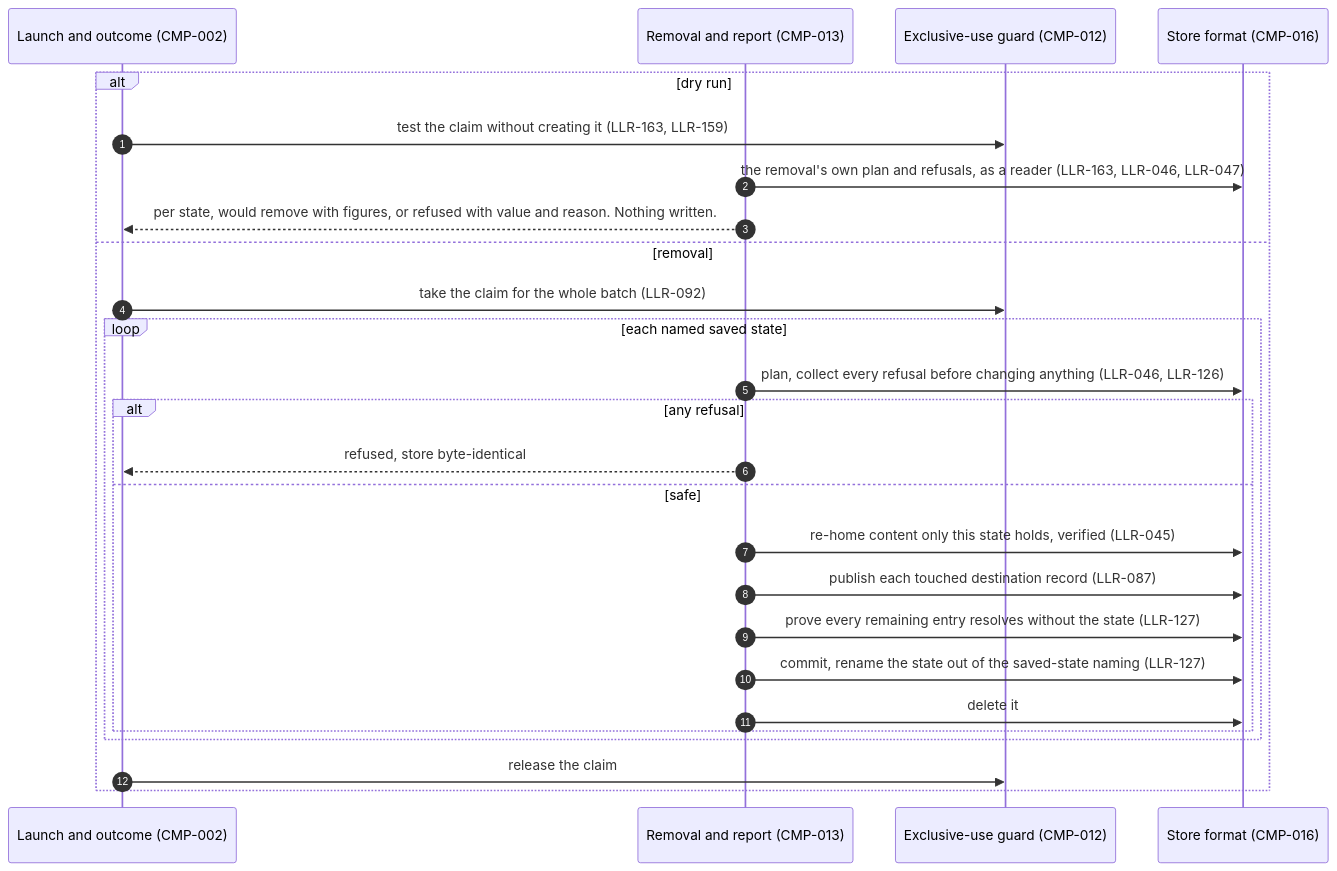
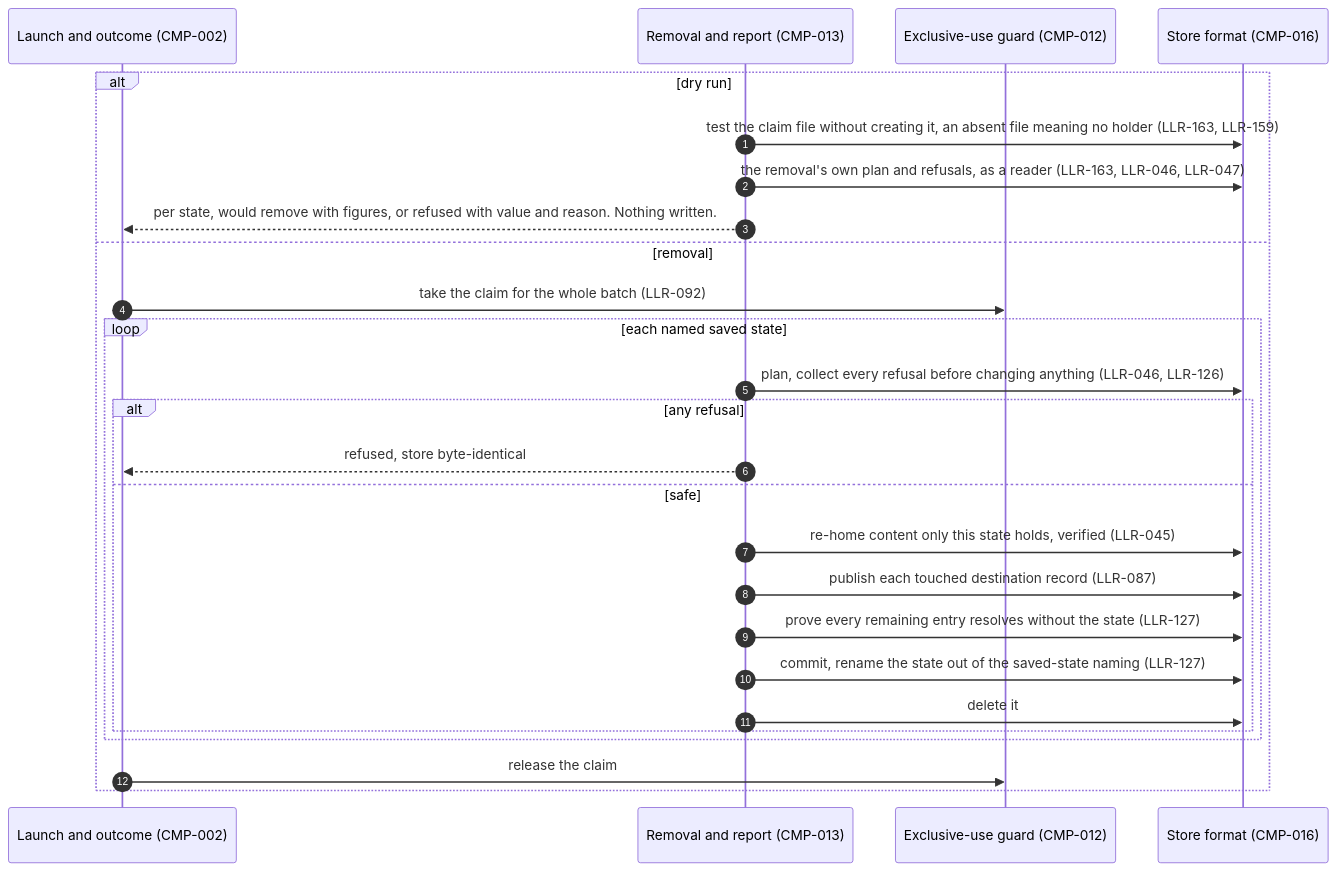
One commit to diytechy/FileBackup changed the seventh of 9 diagrams in docs/runtime-flows.md. Above: the diagram before and after it, drawn with Mermaid. The commit also changed other lines of this file and 5 other files, not shown here.

````diff
--- a/docs/runtime-flows.md
+++ b/docs/runtime-flows.md
@@ -239,28 +249,28 @@
 ```mermaid
 sequenceDiagram
     autonumber
     participant Op as Launch and outcome (CMP-002)
     participant Rem as Removal and report (CMP-013)
     participant Guard as Exclusive-use guard (CMP-012)
     participant Store as Store format (CMP-016)
     alt dry run
-        Op->>Guard: test the claim without creating it (LLR-163, LLR-159)
+        Rem->>Store: test the claim file without creating it, an absent file meaning no holder (LLR-163, LLR-159)
         Rem->>Store: the removal's own plan and refusals, as a reader (LLR-163, LLR-046, LLR-047)
         Rem-->>Op: per state, would remove with figures, or refused with value and reason. Nothing written.
     else removal
         Op->>Guard: take the claim for the whole batch (LLR-092)
         loop each named saved state
             Rem->>Store: plan, collect every refusal before changing anything (LLR-046, LLR-126)
             alt any refusal
                 Rem-->>Op: refused, store byte-identical
             else safe
                 Rem->>Store: re-home content only this state holds, verified (LLR-045)
                 Rem->>Store: publish each touched destination record (LLR-087)
                 Rem->>Store: prove every remaining entry resolves without the state (LLR-127)
                 Rem->>Store: commit, rename the state out of the saved-state naming (LLR-127)
                 Rem->>Store: delete it
             end
         end
         Op->>Guard: release the claim
     end
 ```
````
